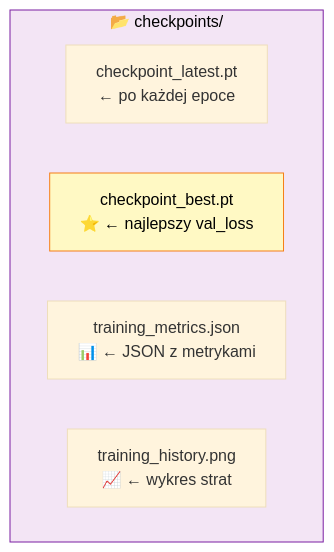
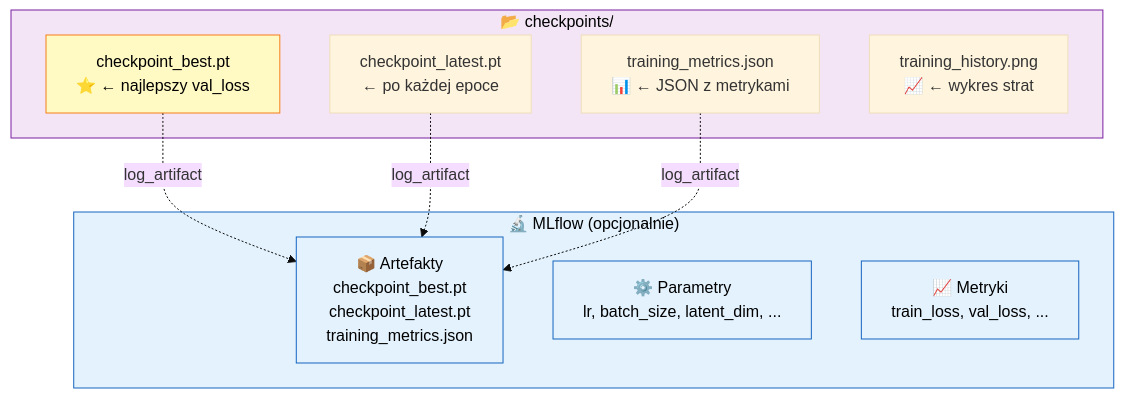
Diagram 18 of 23 in doc/proces_uczenia.md (pielaszkiewicz-jacek/jepa-model), drawn with Mermaid (base theme) before and after one commit. The commit also changed other lines of this file and 48 other files, not shown here.

````diff
--- a/doc/proces_uczenia.md
+++ b/doc/proces_uczenia.md
@@ -568,12 +569,26 @@
 ```mermaid
 graph TD
     subgraph CHECKPOINTS["📂 checkpoints/"]
         LATEST["checkpoint_latest.pt<br/>← po każdej epoce"]
         BEST["checkpoint_best.pt<br/>⭐ ← najlepszy val_loss"]
         METRICS["training_metrics.json<br/>📊 ← JSON z metrykami"]
         PLOT["training_history.png<br/>📈 ← wykres strat"]
     end
 
+    subgraph MLFLOW["🔬 MLflow (opcjonalnie)"]
+        ARTIFACTS["📦 Artefakty<br/>checkpoint_best.pt<br/>checkpoint_latest.pt<br/>training_metrics.json"]
+        PARAMS["⚙️ Parametry<br/>lr, batch_size, latent_dim, ..."]
+        METRICS_ML["📈 Metryki<br/>train_loss, val_loss, ..."]
+    end
+
+    BEST -.->|"log_artifact"| ARTIFACTS
+    LATEST -.->|"log_artifact"| ARTIFACTS
+    METRICS -.->|"log_artifact"| ARTIFACTS
+
     style CHECKPOINTS fill:#f3e5f5,stroke:#7b1fa2,color:#000
     style BEST fill:#fff9c4,stroke:#f57f17,color:#000
+    style MLFLOW fill:#e3f2fd,stroke:#1565c0,color:#000
+    style ARTIFACTS fill:#e3f2fd,stroke:#1565c0,color:#000
+    style PARAMS fill:#e3f2fd,stroke:#1565c0,color:#000
+    style METRICS_ML fill:#e3f2fd,stroke:#1565c0,color:#000
 ```
````
